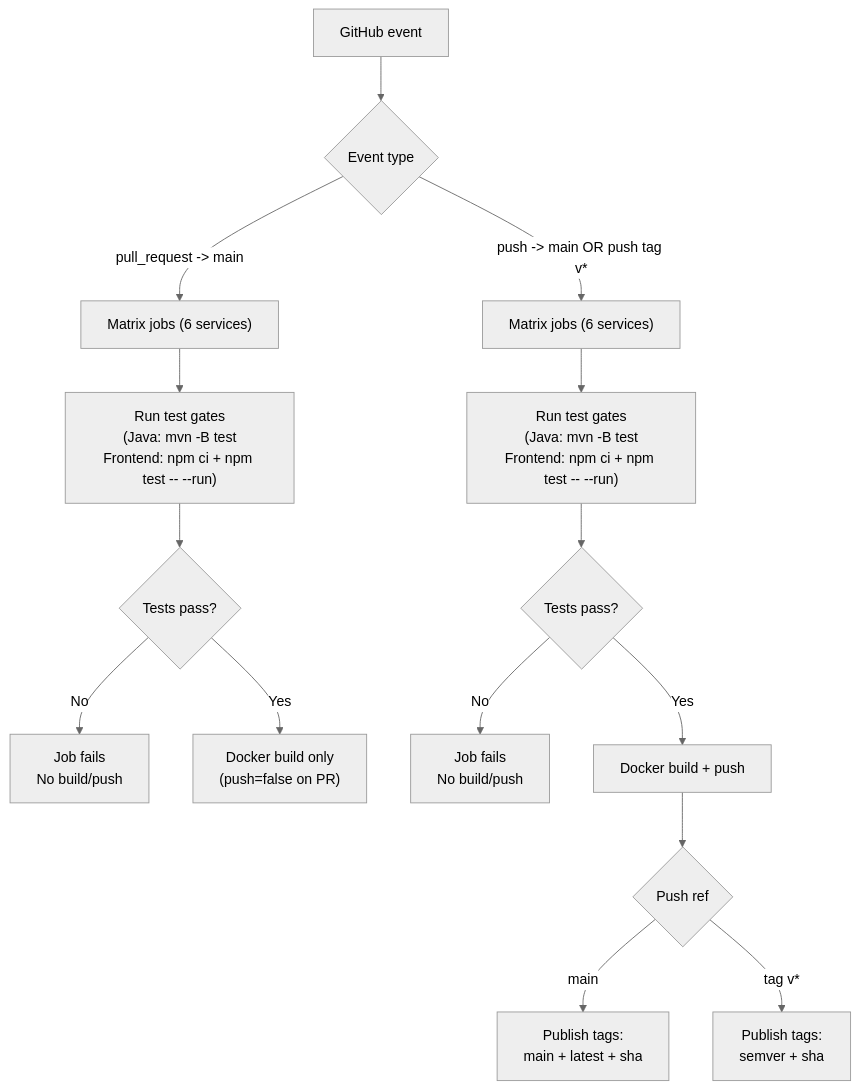
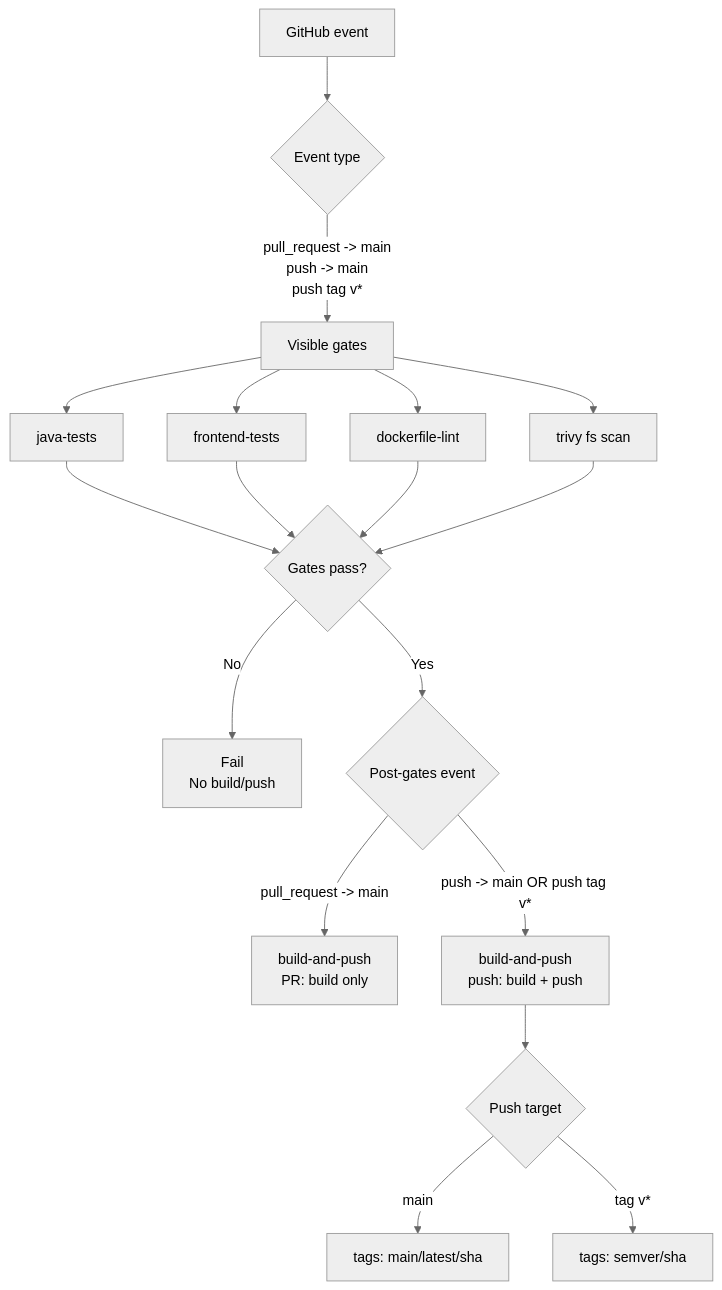
One commit to ClementV78/CloudRadar changed the first of 2 diagrams in docs/runbooks/ci-cd/ci-app.md. Above: the diagram before and after it, drawn with Mermaid (neutral theme). The commit also changed other lines of this file and 13 other files, not shown here.

````diff
--- a/docs/runbooks/ci-cd/ci-app.md
+++ b/docs/runbooks/ci-cd/ci-app.md
@@ -218,22 +7,24 @@
 ```mermaid
 flowchart TD
   T["GitHub event"] --> E{"Event type"}
 
-  E -->|"pull_request -> main"| PR["Matrix jobs (6 services)"]
-  E -->|"push -> main OR push tag v*"| PUSH["Matrix jobs (6 services)"]
+  E -->|"pull_request -> main<br/>push -> main<br/>push tag v*"| G["Visible gates"]
 
-  PR --> G1["Run test gates<br/>(Java: mvn -B test<br/>Frontend: npm ci + npm test -- --run)"]
-  PUSH --> G2["Run test gates<br/>(Java: mvn -B test<br/>Frontend: npm ci + npm test -- --run)"]
+  G --> J1["java-tests"]
+  G --> J2["frontend-tests"]
+  G --> J3["dockerfile-lint"]
+  G --> J4["trivy fs scan"]
 
-  G1 --> F1{"Tests pass?"}
-  G2 --> F2{"Tests pass?"}
+  J1 --> F{"Gates pass?"}
+  J2 --> F
+  J3 --> F
+  J4 --> F
 
-  F1 -->|"No"| X1["Job fails<br/>No build/push"]
-  F2 -->|"No"| X2["Job fails<br/>No build/push"]
-
-  F1 -->|"Yes"| B1["Docker build only<br/>(push=false on PR)"]
-  F2 -->|"Yes"| B2["Docker build + push"]
-  B2 --> TAG{"Push ref"}
-  TAG -->|"main"| TMAIN["Publish tags:<br/>main + latest + sha"]
-  TAG -->|"tag v*"| TTAG["Publish tags:<br/>semver + sha"]
+  F -->|"No"| X["Fail<br/>No build/push"]
+  F -->|"Yes"| B{"Post-gates event"}
+  B -->|"pull_request -> main"| B1["build-and-push<br/>PR: build only"]
+  B -->|"push -> main OR push tag v*"| B2["build-and-push<br/>push: build + push"]
+  B2 --> TAG{"Push target"}
+  TAG -->|"main"| TMAIN["tags: main/latest/sha"]
+  TAG -->|"tag v*"| TTAG["tags: semver/sha"]
 ```
````
